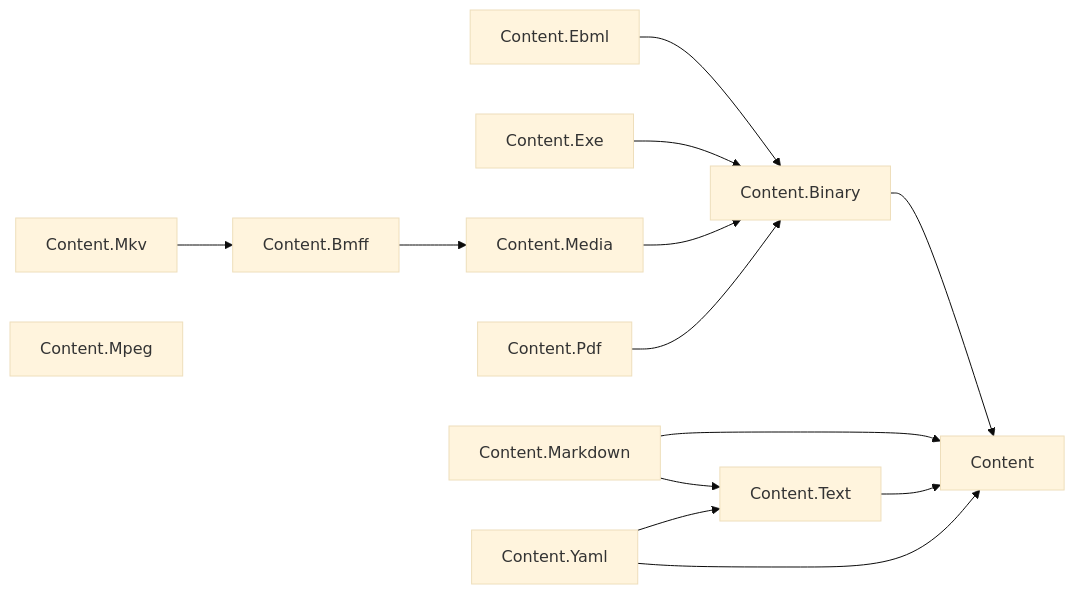
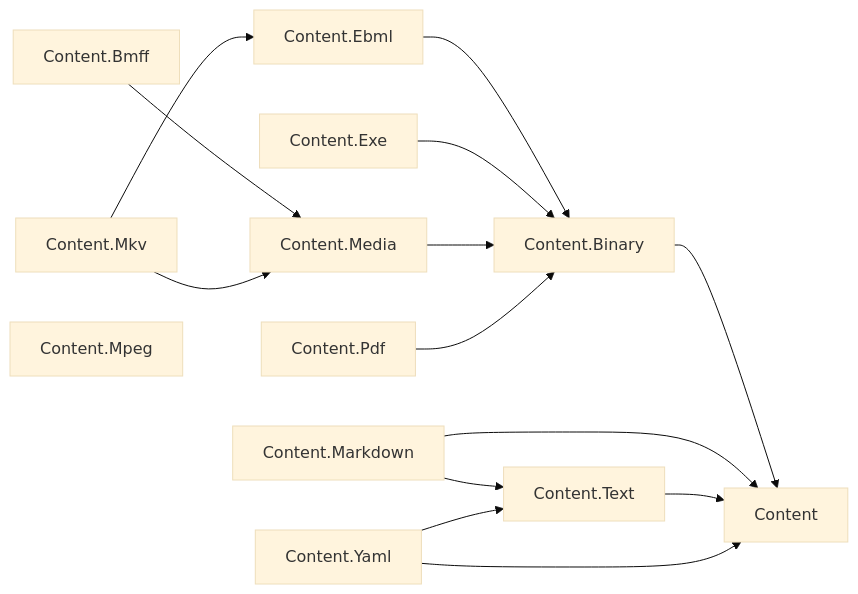
The sixth of 29 diagrams in docs/DEPENDENCIES.md (assimalign/cohesion), drawn with Mermaid (base theme) before and after one commit. The commit also changed other lines of this file and 11 other files, not shown here.

````diff
--- a/docs/DEPENDENCIES.md
+++ b/docs/DEPENDENCIES.md
@@ -293,27 +293,28 @@
 ```mermaid
 flowchart LR
     N0["Content"]
     N1["Content.Binary"]
     N2["Content.Bmff"]
     N3["Content.Ebml"]
     N4["Content.Exe"]
     N5["Content.Markdown"]
     N6["Content.Media"]
     N7["Content.Mkv"]
     N8["Content.Mpeg"]
     N9["Content.Pdf"]
     N10["Content.Text"]
     N11["Content.Yaml"]
     N1 --> N0
     N2 --> N6
     N3 --> N1
     N4 --> N1
     N5 --> N0
     N5 --> N10
     N6 --> N1
-    N7 --> N2
+    N7 --> N3
+    N7 --> N6
     N9 --> N1
     N10 --> N0
     N11 --> N0
     N11 --> N10
 ```
````
